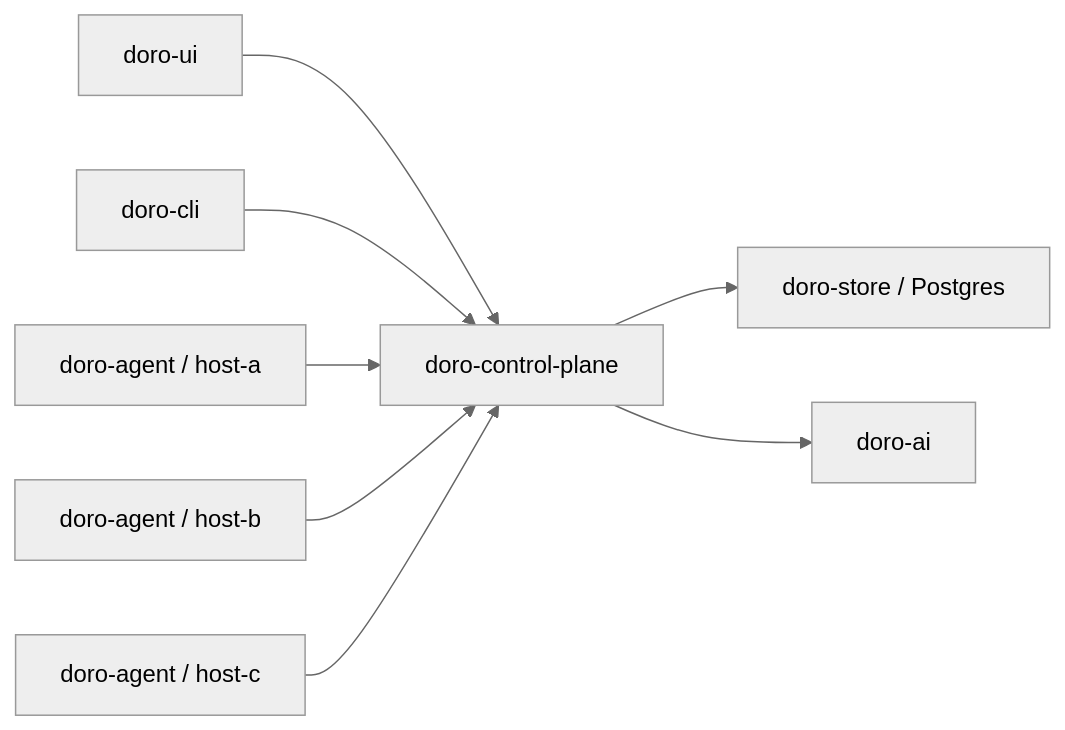
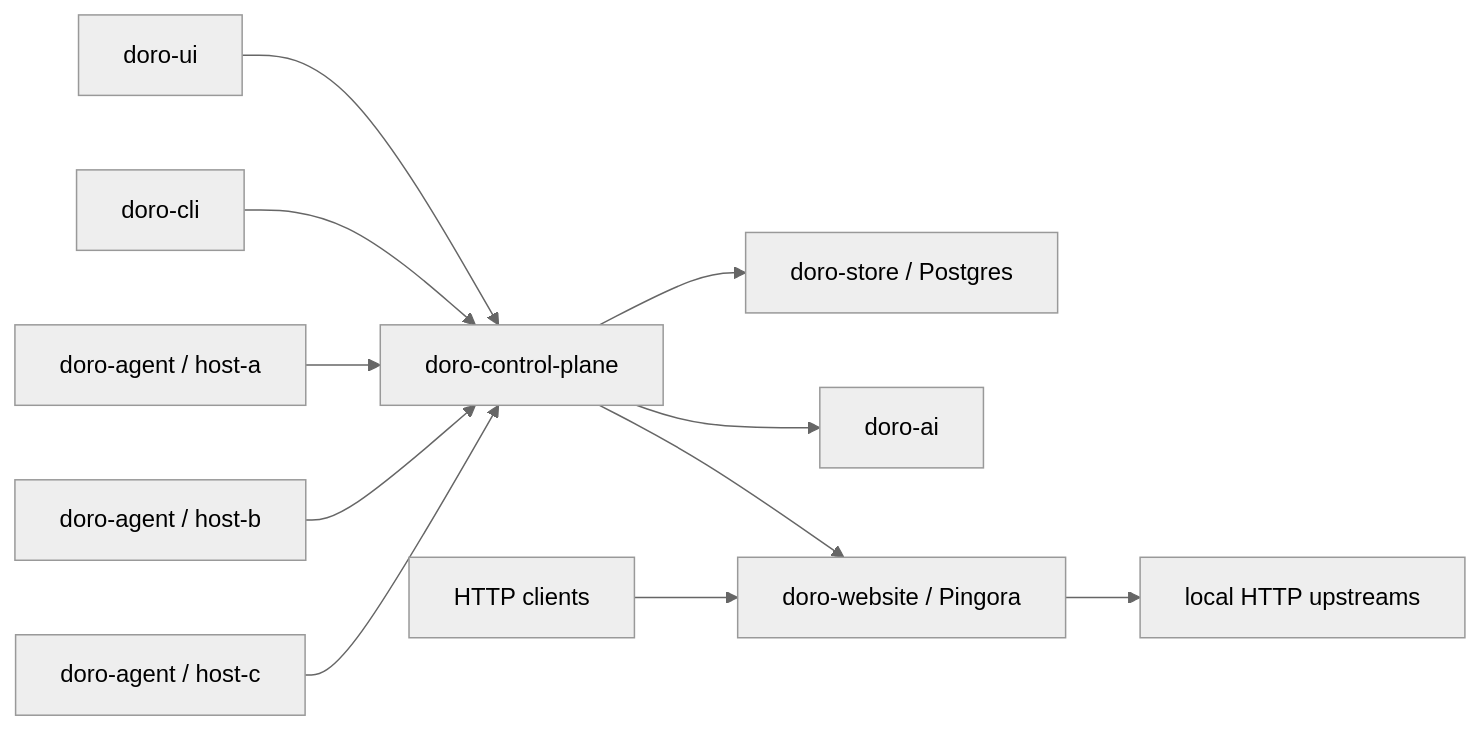
One commit to zhubby/doro changed the diagram in docs/src/architecture.md. Above: the diagram before and after it, drawn with Mermaid (neutral theme). The commit also changed other lines of this file and 29 other files, not shown here.

First line of the commit message:
feat(websites): add Pingora-based website management

````diff
--- a/docs/src/architecture.md
+++ b/docs/src/architecture.md
@@ -5,10 +5,13 @@
 ```mermaid
 flowchart LR
     UI["doro-ui"] --> CP["doro-control-plane"]
     CLI["doro-cli"] --> CP
     CP --> Store["doro-store / Postgres"]
     CP --> AI["doro-ai"]
+    Internet["HTTP clients"] --> Sites["doro-website / Pingora"]
+    CP --> Sites
+    Sites --> Upstream["local HTTP upstreams"]
     A1["doro-agent / host-a"] --> CP
     A2["doro-agent / host-b"] --> CP
     A3["doro-agent / host-c"] --> CP
 ```
````
